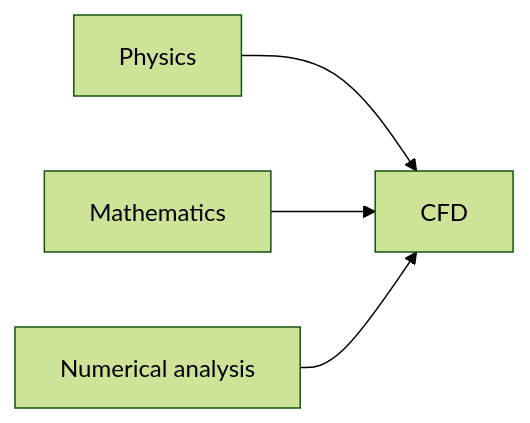
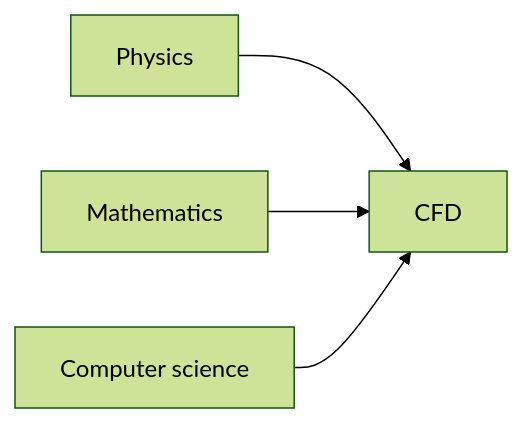
Before and after one commit to theCFDEngineer/CFD: the diagram in Principles-of-CFD.md, drawn with Mermaid (forest theme). The commit also changed other lines of this file, not shown here.

````diff
--- a/Principles-of-CFD.md
+++ b/Principles-of-CFD.md
@@ -12,6 +12,6 @@
 ```mermaid
 graph LR
     A[Physics] --> D[CFD]
     B[Mathematics] --> D[CFD]
-    C[Numerical analysis] --> D[CFD]
+    C[Computer science] --> D[CFD]
 ```
````
